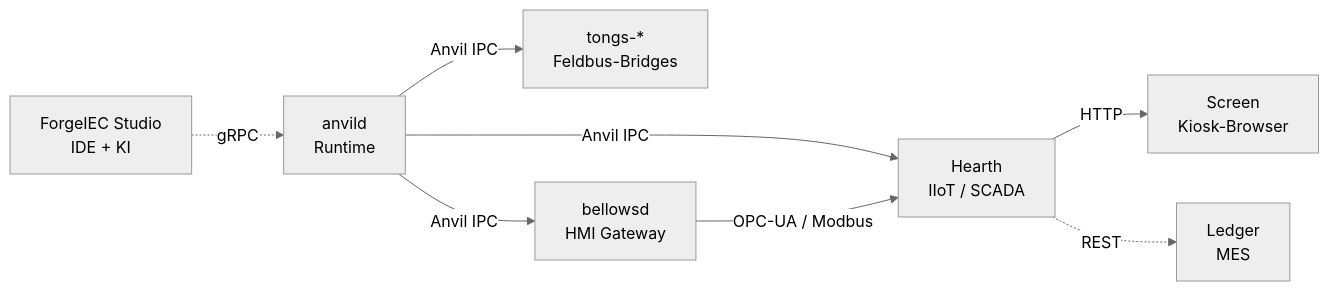
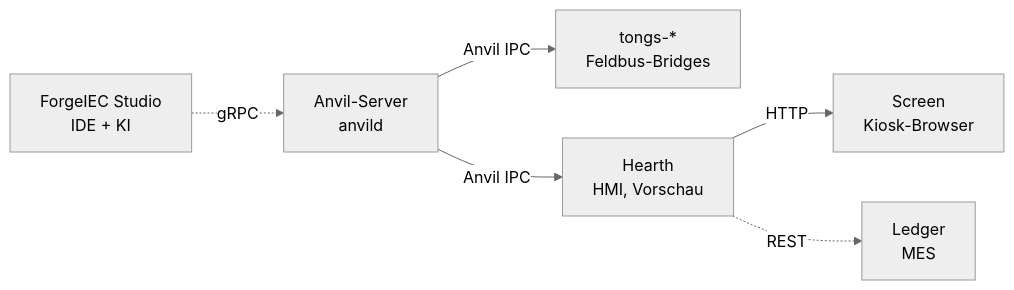
Before and after one commit to Beerlesklopfer/forgeiec-website: the diagram in content/de/plattform/_index.md, drawn with Mermaid (neutral theme). The commit also changed other lines of this file and 1 other file, not shown here.

First line of the commit message:
platform: honest status per component, licence boundary, bellowsd resting, Hearth via Anvil bus

````diff
--- a/content/de/plattform/_index.md
+++ b/content/de/plattform/_index.md
@@ -123,18 +135,15 @@
 ```mermaid
 flowchart LR
     Studio[ForgeIEC Studio<br/>IDE + KI]
-    Anvild[anvild<br/>Runtime]
+    Anvild[Anvil-Server<br/>anvild]
     Bridges["tongs-*<br/>Feldbus-Bridges"]
-    Bellows[bellowsd<br/>HMI Gateway]
     Screen[Screen<br/>Kiosk-Browser]
-    Hearth[Hearth<br/>IIoT / SCADA]
+    Hearth[Hearth<br/>HMI, Vorschau]
     Ledger[Ledger<br/>MES]
 
     Studio -.->|gRPC| Anvild
     Anvild -->|Anvil IPC| Bridges
-    Anvild -->|Anvil IPC| Bellows
     Anvild -->|Anvil IPC| Hearth
-    Bellows -->|OPC-UA / Modbus| Hearth
     Hearth -->|HTTP| Screen
     Hearth -.->|REST| Ledger
 ```
````
